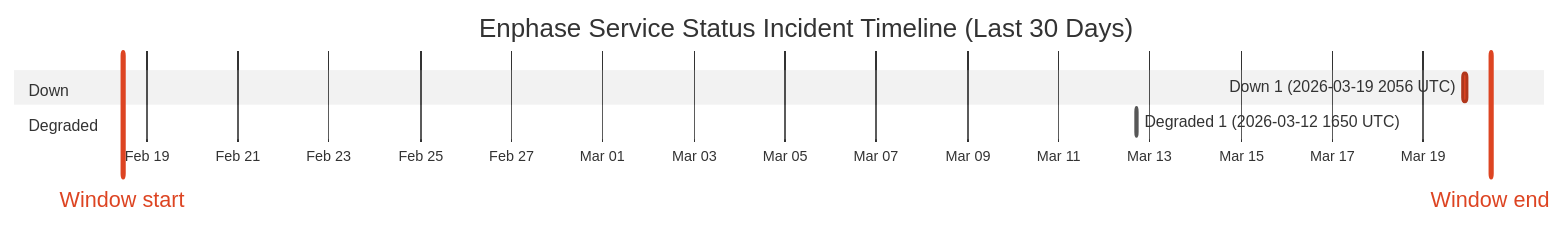
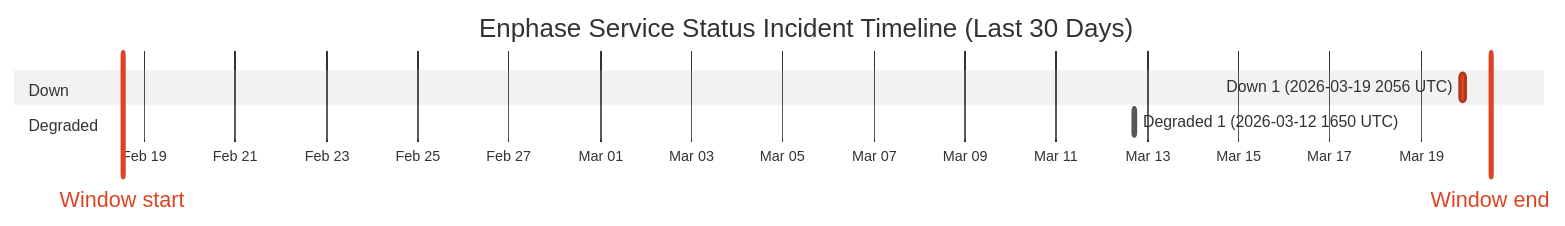
One commit to barneyonline/ha-enphase-ev-charger changed the diagram in wiki/Service-Status-History.md. Above: the diagram before and after it, drawn with Mermaid (neutral theme). The commit also changed other lines of this file and 3 other files, not shown here.

````diff
--- a/wiki/Service-Status-History.md
+++ b/wiki/Service-Status-History.md
@@ -14,12 +14,12 @@
 ```mermaid
 gantt
     title Enphase Service Status Incident Timeline (Last 30 Days)
     dateFormat  YYYY-MM-DDTHH:mm:ss
     axisFormat  %b %d
-    Window start :vert, window-start, 2026-02-18T11:23:55, 0ms
-    Window end :vert, window-end, 2026-03-20T11:23:55, 0ms
+    Window start :vert, window-start, 2026-02-18T12:36:44, 0ms
+    Window end :vert, window-end, 2026-03-20T12:36:44, 0ms
     section Down
     Down 1 (2026-03-19 2056 UTC) :crit, down-1, 2026-03-19T20:56:20, 145m
     section Degraded
     Degraded 1 (2026-03-12 1650 UTC) :active, degraded-1, 2026-03-12T16:50:43, 60m
 ```
````
